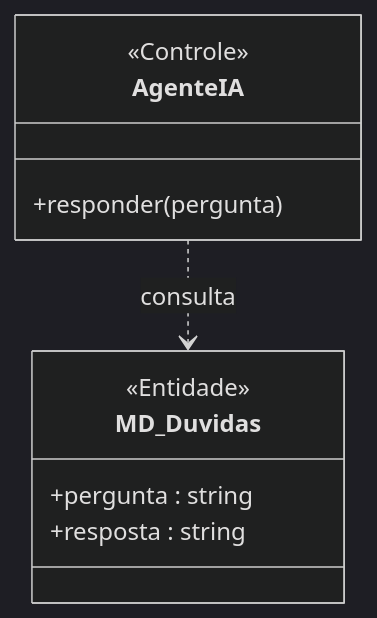
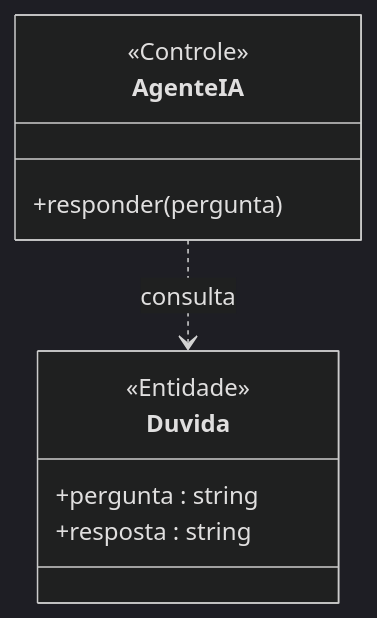
Before and after one commit to MayconDIS/PIM_III-Documentacao_UML: the first of 2 diagrams in PIM_III/02_Modelagem_UML_Astah/UC08_Consultar_Agente_IA/README.md, drawn with Mermaid (dark theme). The commit also changed other lines of this file and 86 other files, not shown here.

Commit message:
docs(uml): add comprehensive UML diagrams and tutorials for all 15 use cases

````diff
--- a/PIM_III/02_Modelagem_UML_Astah/UC08_Consultar_Agente_IA/README.md
+++ b/PIM_III/02_Modelagem_UML_Astah/UC08_Consultar_Agente_IA/README.md
@@ -40,13 +40,13 @@
 ```mermaid
 classDiagram
     class AgenteIA {
         <<Controle>>
         +responder(pergunta)
     }
-    class MD_Duvidas {
+    class Duvida {
         <<Entidade>>
         +pergunta : string
         +resposta : string
     }
-    AgenteIA ..> MD_Duvidas : consulta
+    AgenteIA ..> Duvida : consulta
 ```
````
